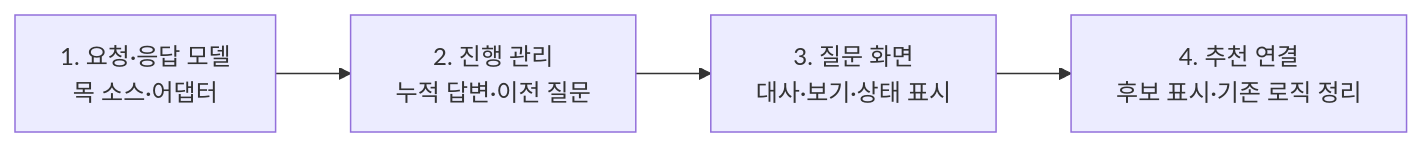
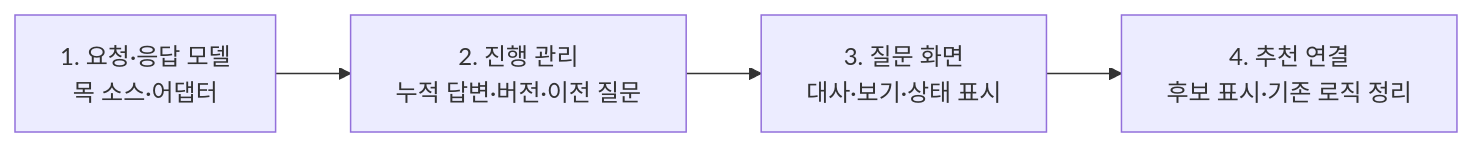
Before and after one commit to bottle-note/bottle-note-frontend: the second of 3 diagrams in docs/bartender-scenario/README.md, drawn with Mermaid. The commit also changed other lines of this file and 23 other files, not shown here.

````diff
--- a/docs/bartender-scenario/README.md
+++ b/docs/bartender-scenario/README.md
@@ -21,6 +25,6 @@
 ```mermaid
 flowchart LR
-    P1[1. 요청·응답 모델<br/>목 소스·어댑터] --> P2[2. 진행 관리<br/>누적 답변·이전 질문]
+    P1[1. 요청·응답 모델<br/>목 소스·어댑터] --> P2[2. 진행 관리<br/>누적 답변·버전·이전 질문]
     P2 --> P3[3. 질문 화면<br/>대사·보기·상태 표시]
     P3 --> P4[4. 추천 연결<br/>후보 표시·기존 로직 정리]
 ```
````
